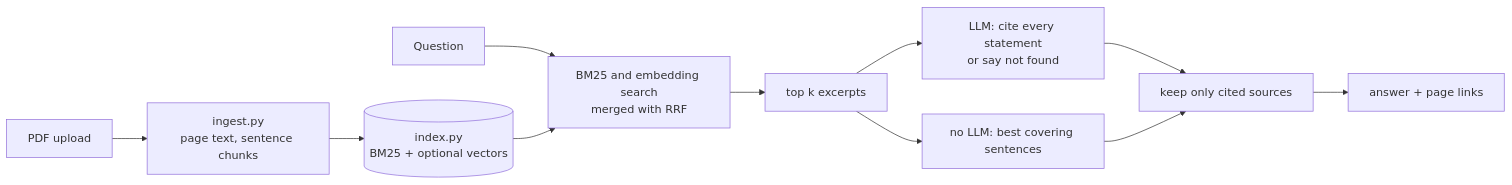
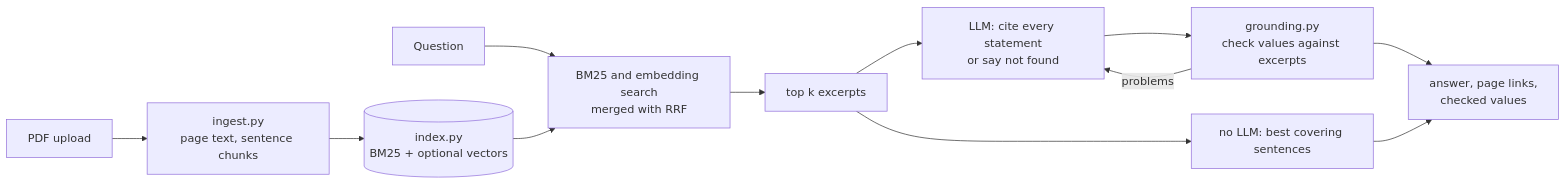
Before and after one commit to mick-gsk/pdf-qa-bot: the diagram in README.md, drawn with Mermaid. The commit also changed other lines of this file and 1 other file, not shown here.

First line of the commit message:
README: document the value check and its benchmark, update the demo

````diff
--- a/README.md
+++ b/README.md
@@ -70,13 +74,14 @@
 ```mermaid
 flowchart LR
     pdf[PDF upload] --> ingest[ingest.py<br/>page text, sentence chunks]
     ingest --> index[(index.py<br/>BM25 + optional vectors)]
     q[Question] --> search[BM25 and embedding search<br/>merged with RRF]
     index --> search
     search --> top[top k excerpts]
     top --> llm[LLM: cite every statement<br/>or say not found]
     top --> extract[no LLM: best covering sentences]
-    llm --> check[keep only cited sources]
-    extract --> check
-    check --> out[answer + page links]
+    llm --> verify[grounding.py<br/>check values against excerpts]
+    verify -- problems --> llm
+    verify --> out[answer, page links,<br/>checked values]
+    extract --> out
 ```
````
